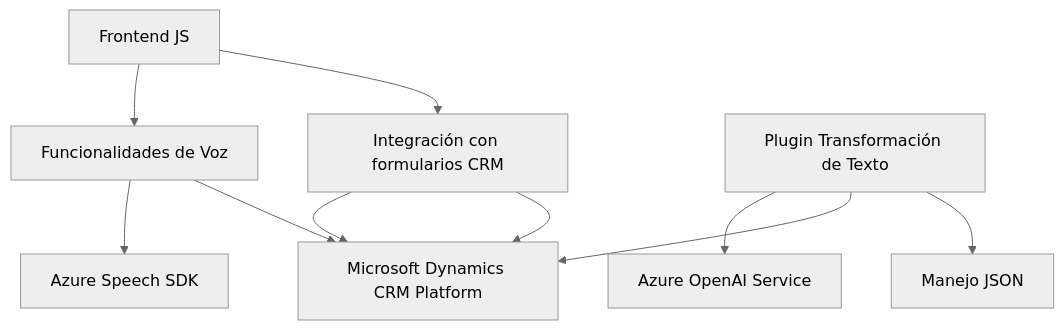
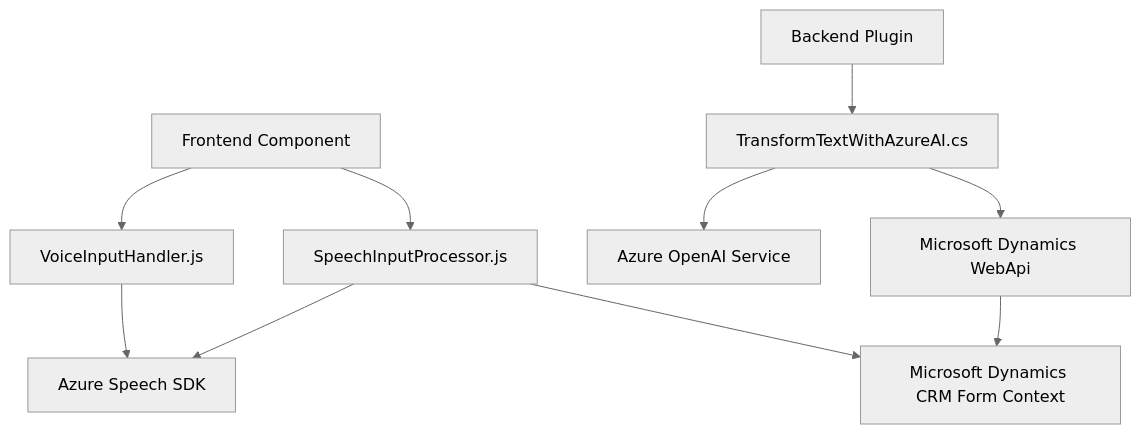
Before and after one commit to blopezdm/NETCORE_BILBAO2025: the diagram in README.md, drawn with Mermaid (neutral theme). The commit also changed other lines of this file, not shown here.

Commit message:
Actualizar análisis global de la solución con IA

````diff
--- a/README.md
+++ b/README.md
@@ -50,15 +39,23 @@
 ```mermaid
 graph TD
-    A["Frontend JS"] --> B["Funcionalidades de Voz"]
-    A --> C["Integración con formularios CRM"]
-    B --> D["Azure Speech SDK"]
-    C --> E["Microsoft Dynamics CRM Platform"]
+    A["Frontend Component"]
+    B["VoiceInputHandler.js"]
+    C["SpeechInputProcessor.js"]
+    D["Azure Speech SDK"]
+    E["Microsoft Dynamics CRM Form Context"]
 
-    F["Plugin Transformación de Texto"]
-    F --> G["Azure OpenAI Service"]
-    F --> E
-    F --> H["Manejo JSON"]
+    F["Backend Plugin"]
+    G["TransformTextWithAzureAI.cs"]
+    H["Azure OpenAI Service"]
+    I["Microsoft Dynamics WebApi"]
 
-    B --> E
+    A --> B
+    A --> C
+    B --> D
+    C --> D
     C --> E
+    F --> G
+    G --> H
+    G --> I
+    I --> E
 ```
````
